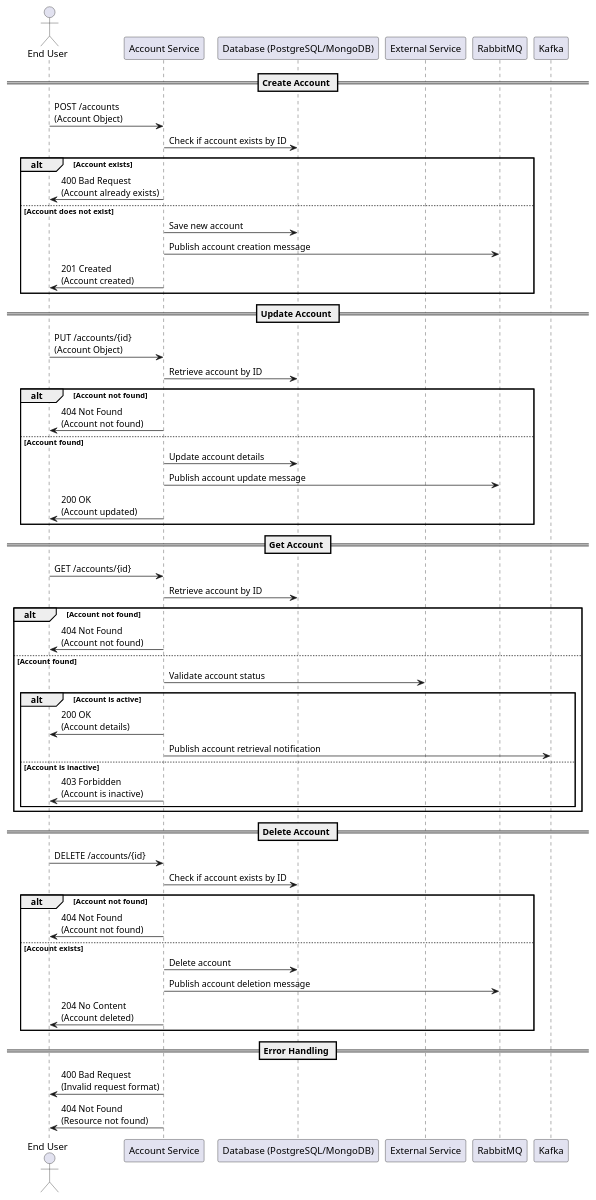
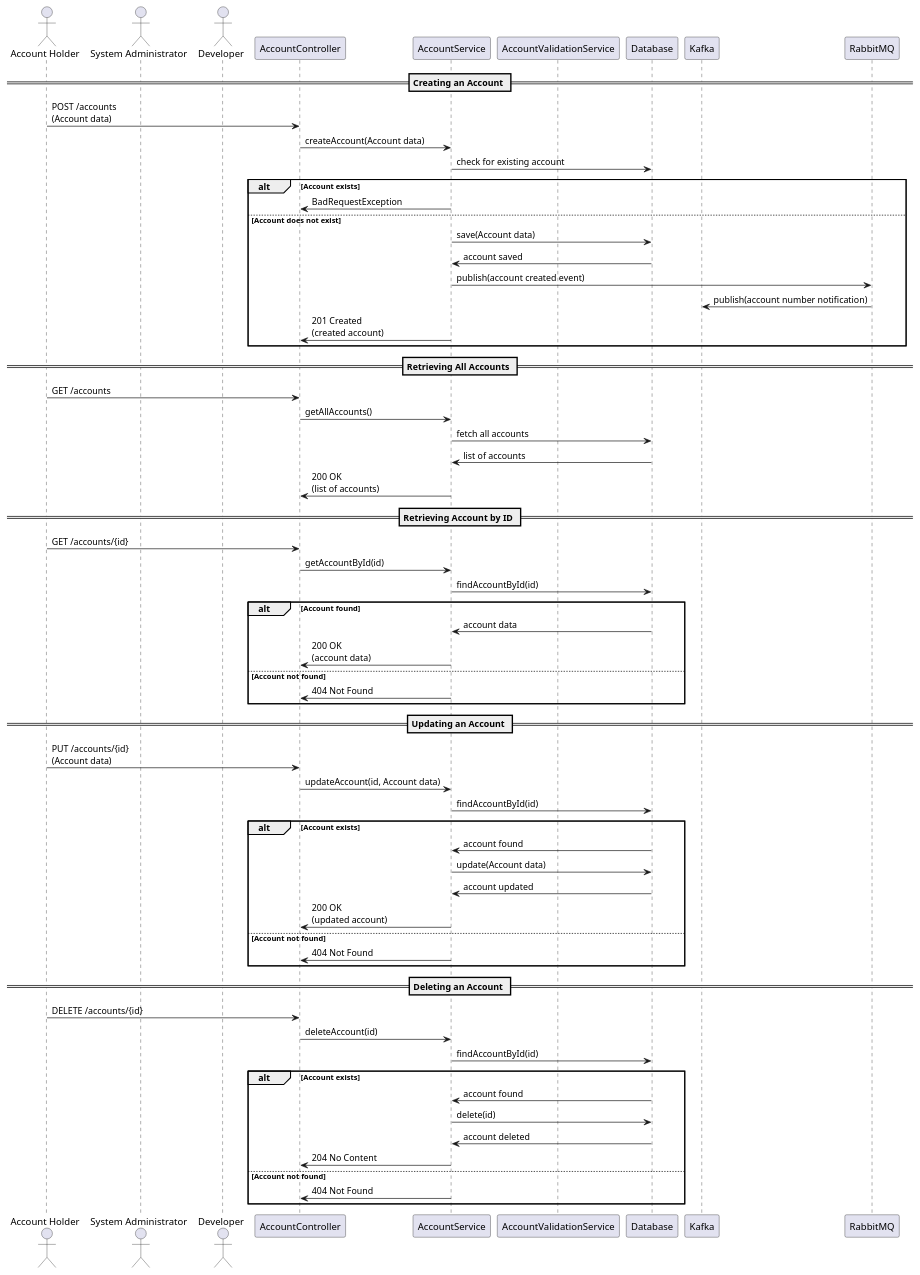
One commit to Bhaskar-Pavan/AccountService changed the diagram in design_document/AccountService.md. Above: the diagram before and after it, drawn with PlantUML. The commit also changed other lines of this file, not shown here.

````diff
--- a/design_document/AccountService.md
+++ b/design_document/AccountService.md
@@ -35,63 +37,72 @@
 ```plantuml
 @startuml
-actor "End User" as User
-participant "Account Service" as Service
-participant "Database (PostgreSQL/MongoDB)" as DB
-participant "External Service" as ExternalService
-participant "RabbitMQ" as RabbitMQ
-participant "Kafka" as Kafka
+actor "Account Holder" as AH
+actor "System Administrator" as SA
+actor "Developer" as D
+participant "AccountController" as AC
+participant "AccountService" as AS
+participant "AccountValidationService" as AVS
+participant "Database" as DB
+participant "Kafka" as K
+participant "RabbitMQ" as R
 
-== Create Account ==
-User -> Service: POST /accounts\n(Account Object)
-Service -> DB: Check if account exists by ID
+== Creating an Account ==
+AH -> AC : POST /accounts\n(Account data)
+AC -> AS : createAccount(Account data)
+AS -> DB : check for existing account
 alt Account exists
-    Service -> User: 400 Bad Request\n(Account already exists)
+    AS -> AC : BadRequestException
 else Account does not exist
-    Service -> DB: Save new account
-    Service -> RabbitMQ: Publish account creation message
-    Service -> User: 201 Created\n(Account created)
+    AS -> DB : save(Account data)
+    DB -> AS : account saved
+    AS -> R : publish(account created event)
+    R -> K : publish(account number notification)
+    AS -> AC : 201 Created\n(created account)
 end
 
-== Update Account ==
-User -> Service: PUT /accounts/{id}\n(Account Object)
-Service -> DB: Retrieve account by ID
-alt Account not found
-    Service -> User: 404 Not Found\n(Account not found)
-else Account found
-    Service -> DB: Update account details
-    Service -> RabbitMQ: Publish account update message
-    Service -> User: 200 OK\n(Account updated)
+== Retrieving All Accounts ==
+AH -> AC : GET /accounts
+AC -> AS : getAllAccounts()
+AS -> DB : fetch all accounts
+DB -> AS : list of accounts
+AS -> AC : 200 OK\n(list of accounts)
+
+== Retrieving Account by ID ==
+AH -> AC : GET /accounts/{id}
+AC -> AS : getAccountById(id)
+AS -> DB : findAccountById(id)
+alt Account found
+    DB -> AS : account data
+    AS -> AC : 200 OK\n(account data)
+else Account not found
+    AS -> AC : 404 Not Found
 end
 
-== Get Account ==
-User -> Service: GET /accounts/{id}
-Service -> DB: Retrieve account by ID
-alt Account not found
-    Service -> User: 404 Not Found\n(Account not found)
-else Account found
-    Service -> ExternalService: Validate account status
-    alt Account is active
-        Service -> User: 200 OK\n(Account details)
-        Service -> Kafka: Publish account retrieval notification
-    else Account is inactive
-        Service -> User: 403 Forbidden\n(Account is inactive)
-    end
+== Updating an Account ==
+AH -> AC : PUT /accounts/{id}\n(Account data)
+AC -> AS : updateAccount(id, Account data)
+AS -> DB : findAccountById(id)
+alt Account exists
+    DB -> AS : account found
+    AS -> DB : update(Account data)
+    DB -> AS : account updated
+    AS -> AC : 200 OK\n(updated account)
+else Account not found
+    AS -> AC : 404 Not Found
 end
 
-== Delete Account ==
-User -> Service: DELETE /accounts/{id}
-Service -> DB: Check if account exists by ID
-alt Account not found
-    Service -> User: 404 Not Found\n(Account not found)
-else Account exists
-    Service -> DB: Delete account
-    Service -> RabbitMQ: Publish account deletion message
-    Service -> User: 204 No Content\n(Account deleted)
+== Deleting an Account ==
+AH -> AC : DELETE /accounts/{id}
+AC -> AS : deleteAccount(id)
+AS -> DB : findAccountById(id)
+alt Account exists
+    DB -> AS : account found
+    AS -> DB : delete(id)
+    DB -> AS : account deleted
+    AS -> AC : 204 No Content
+else Account not found
+    AS -> AC : 404 Not Found
 end
-
-== Error Handling ==
-Service -> User: 400 Bad Request\n(Invalid request format)
-Service -> User: 404 Not Found\n(Resource not found)
 
 @enduml
 ```
````
